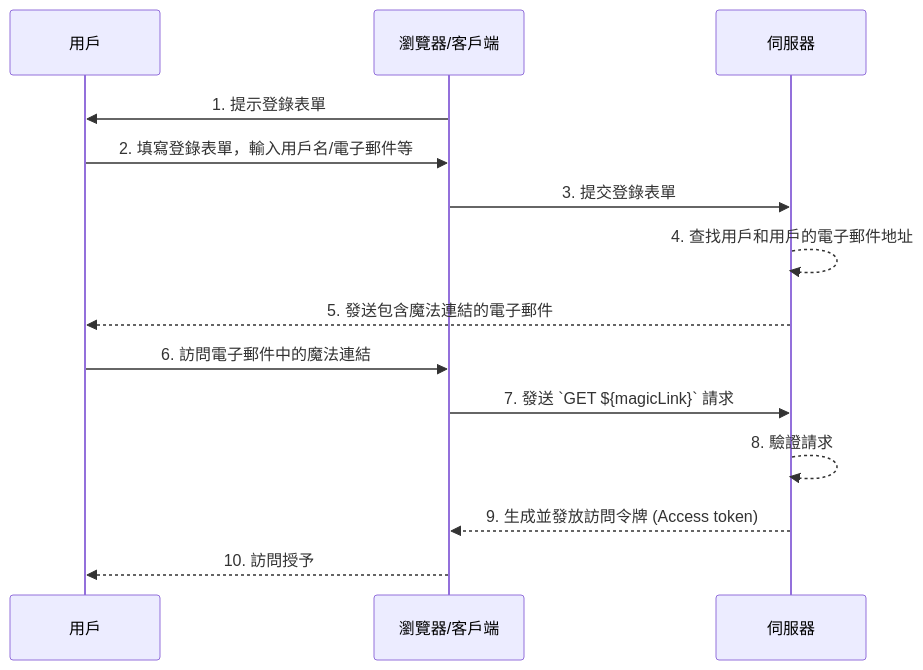
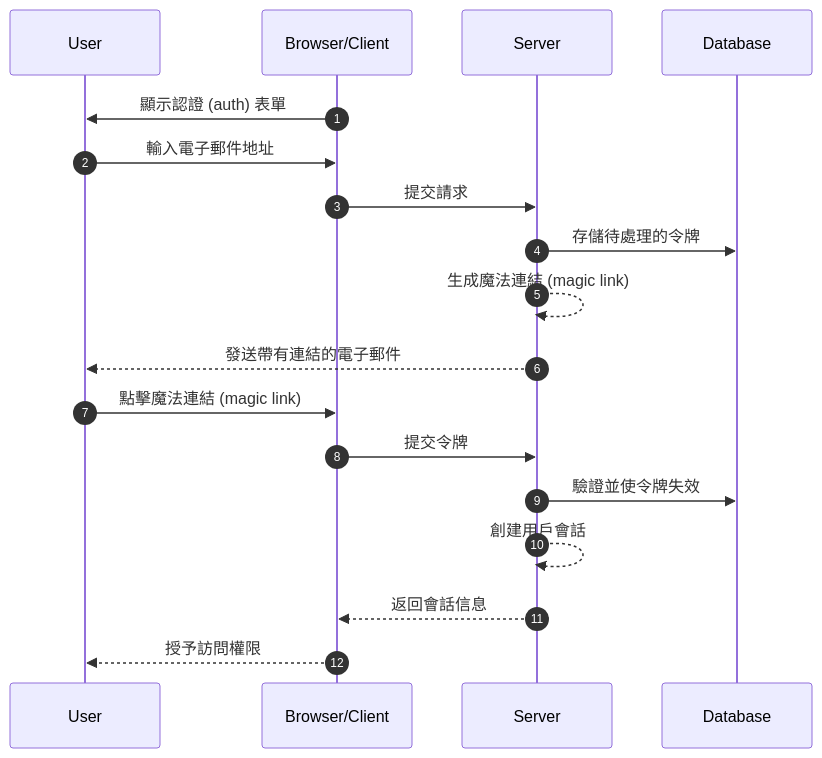
The first of 2 diagrams in src/content/terms/zh-Hant/magic-link.mdx (logto-io/auth-wiki), drawn with Mermaid before and after one commit. The commit also changed other lines of this file and 95 other files, not shown here.

````diff
--- a/src/content/terms/zh-Hant/magic-link.mdx
+++ b/src/content/terms/zh-Hant/magic-link.mdx
@@ -31,16 +17,20 @@
 ```mermaid
 sequenceDiagram
-    participant U as 用戶
-    participant B as 瀏覽器/客戶端
-    participant S as 伺服器
-    B->>U: 1. 提示登錄表單
-    U->>B: 2. 填寫登錄表單，輸入用戶名/電子郵件等
-    B->>S: 3. 提交登錄表單
-    S-->>S: 4. 查找用戶和用戶的電子郵件地址
-    S-->>U: 5. 發送包含魔法連結的電子郵件
-    U->>B: 6. 訪問電子郵件中的魔法連結
-    B->>S: 7. 發送 `GET ${magicLink}` 請求
-    S-->>S: 8. 驗證請求
-    S-->>B: 9. 生成並發放訪問令牌 (Access token)
-    B-->>U: 10. 訪問授予
+    autonumber
+    participant U as User
+    participant B as Browser/Client
+    participant S as Server
+    participant D as Database
+    B->>U: 顯示認證 (auth) 表單
+    U->>B: 輸入電子郵件地址
+    B->>S: 提交請求
+    S->>D: 存儲待處理的令牌
+    S-->>S: 生成魔法連結 (magic link)
+    S-->>U: 發送帶有連結的電子郵件
+    U->>B: 點擊魔法連結 (magic link)
+    B->>S: 提交令牌
+    S->>D: 驗證並使令牌失效
+    S-->>S: 創建用戶會話
+    S-->>B: 返回會話信息
+    B-->>U: 授予訪問權限
 ```
````
